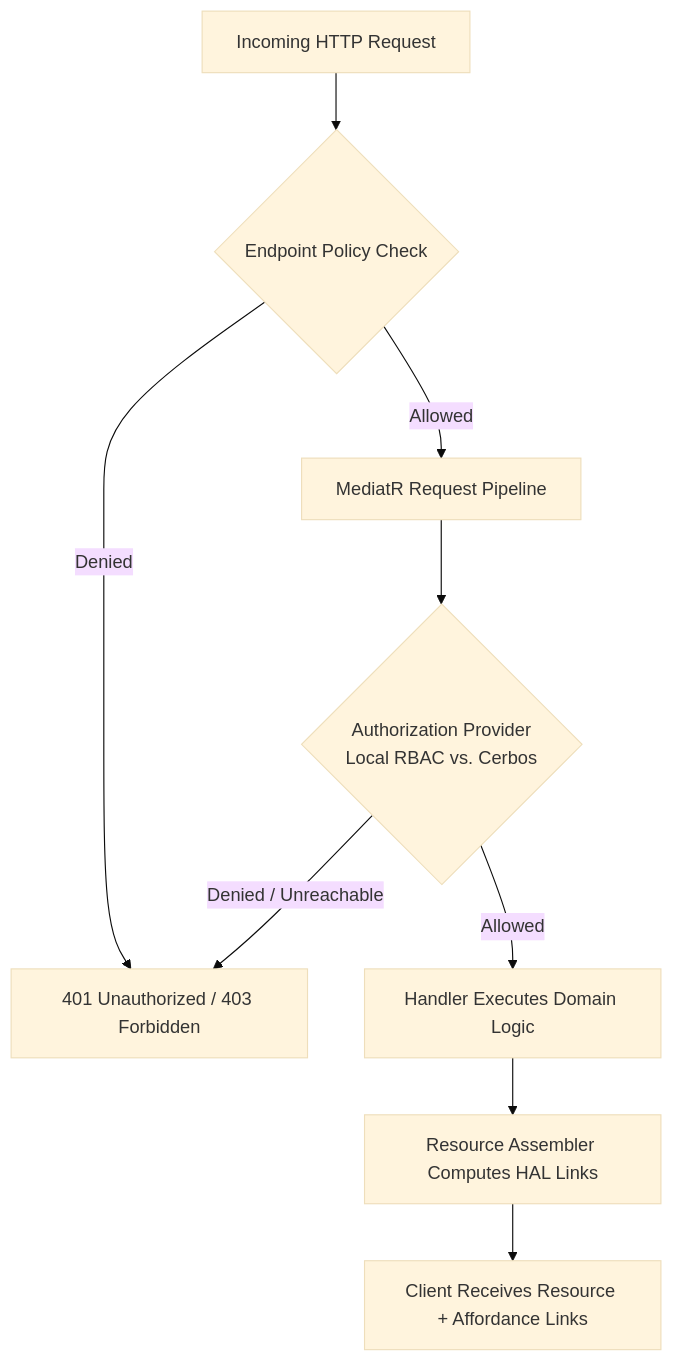
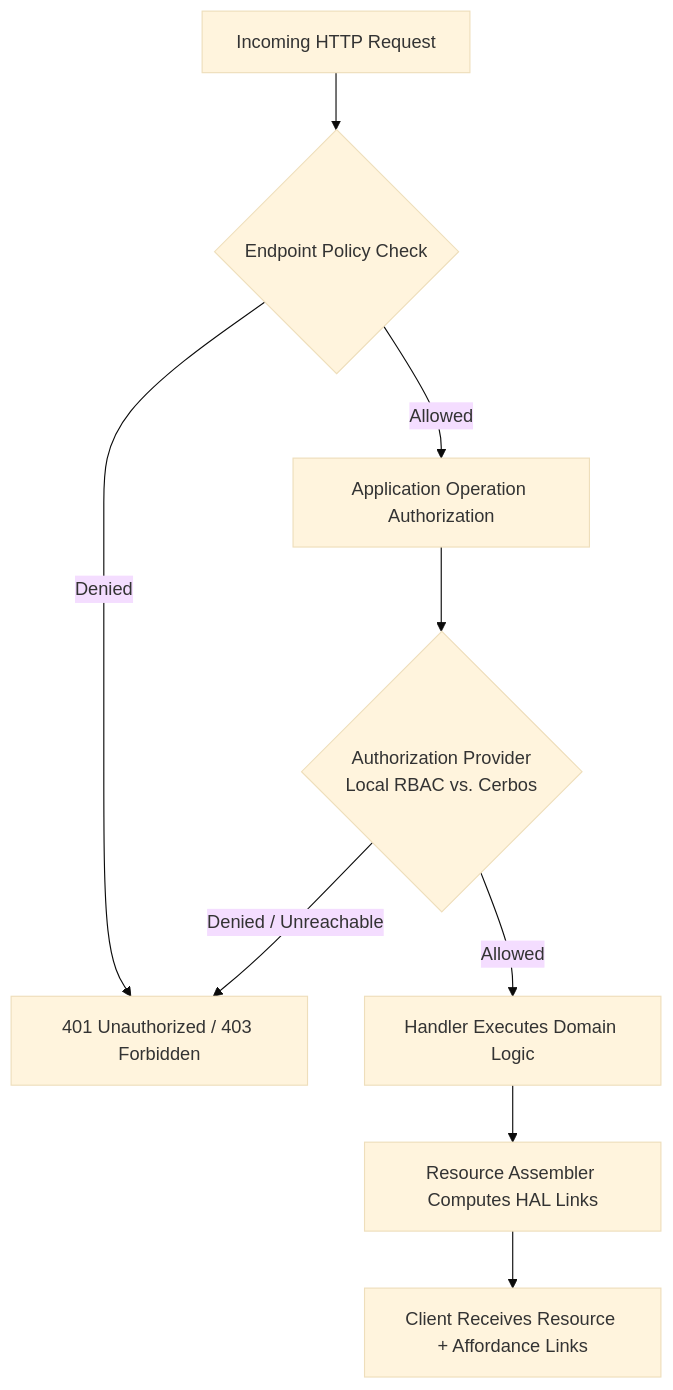
Before and after one commit to islamu-ngo/Event: the diagram in docs/public/documentation/readme/security-and-identity/authorization.md, drawn with Mermaid (base theme). The commit also changed other lines of this file and 40 other files, not shown here.

````diff
--- a/docs/public/documentation/readme/security-and-identity/authorization.md
+++ b/docs/public/documentation/readme/security-and-identity/authorization.md
@@ -15,11 +15,11 @@
 ```mermaid
 graph TD
     A[Incoming HTTP Request] --> B{Endpoint Policy Check}
     B -- Denied --> X[401 Unauthorized / 403 Forbidden]
-    B -- Allowed --> C[MediatR Request Pipeline]
+    B -- Allowed --> C[Application Operation Authorization]
     C --> D{Authorization Provider<br>Local RBAC vs. Cerbos}
     D -- Denied / Unreachable --> X
     D -- Allowed --> E[Handler Executes Domain Logic]
     E --> F[Resource Assembler Computes HAL Links]
     F --> G[Client Receives Resource + Affordance Links]
 ```
````
